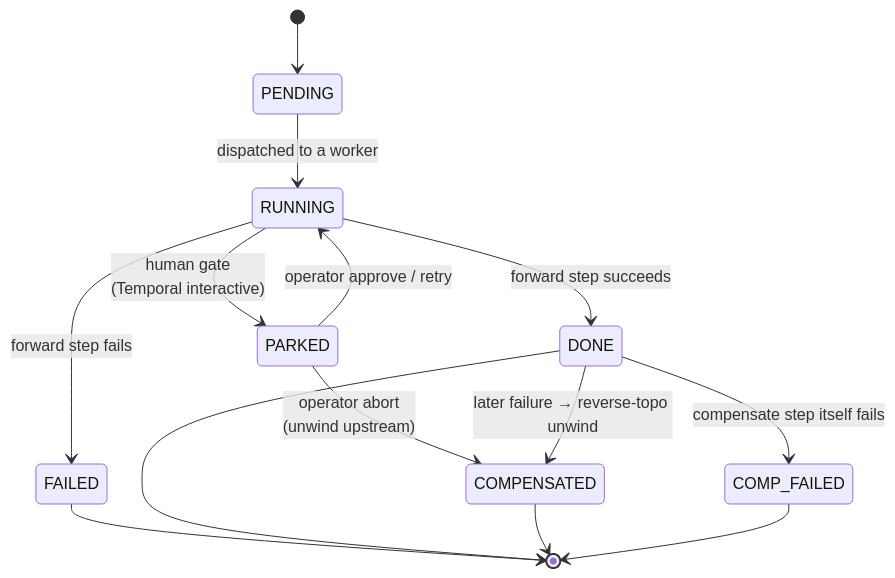
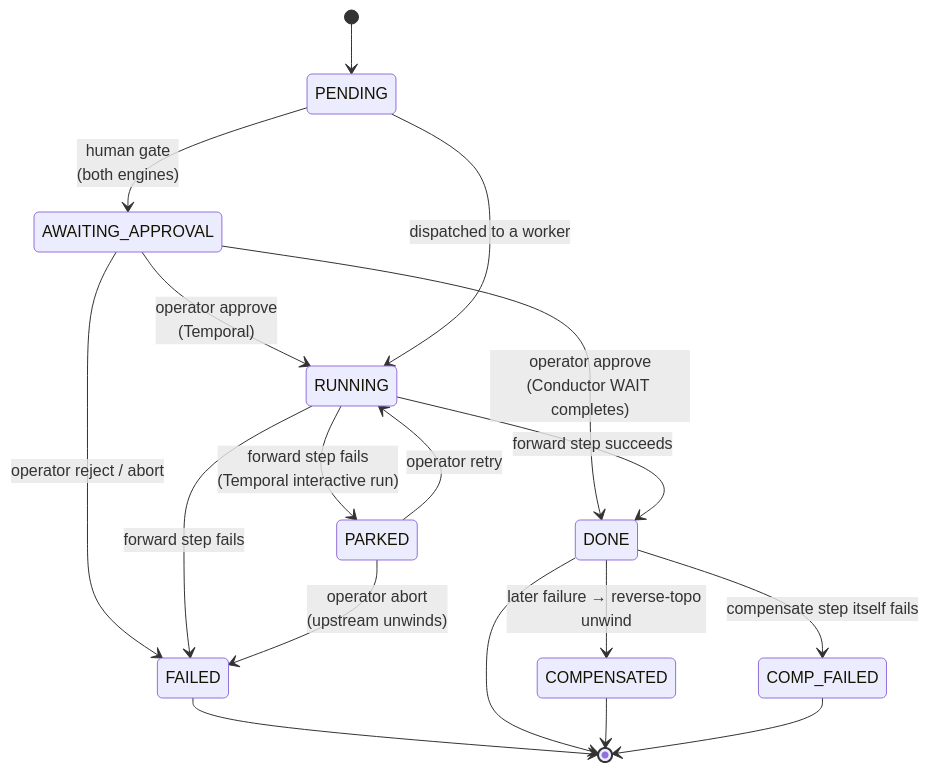
The fourth of 6 diagrams in docs/architecture.md (yggdrasil-iiot/hermod), drawn with Mermaid before and after one commit. The commit also changed other lines of this file and 4 other files, not shown here.

````diff
--- a/docs/architecture.md
+++ b/docs/architecture.md
@@ -211,16 +228,20 @@
 ```mermaid
 stateDiagram-v2
   [*] --> PENDING
+  PENDING --> AWAITING_APPROVAL: human gate<br/>(both engines)
+  AWAITING_APPROVAL --> RUNNING: operator approve<br/>(Temporal)
+  AWAITING_APPROVAL --> DONE: operator approve<br/>(Conductor WAIT completes)
+  AWAITING_APPROVAL --> FAILED: operator reject / abort
   PENDING --> RUNNING: dispatched to a worker
   RUNNING --> DONE: forward step succeeds
   RUNNING --> FAILED: forward step fails
-  RUNNING --> PARKED: human gate<br/>(Temporal interactive)
-  PARKED --> RUNNING: operator approve / retry
-  PARKED --> COMPENSATED: operator abort<br/>(unwind upstream)
+  RUNNING --> PARKED: forward step fails<br/>(Temporal interactive run)
+  PARKED --> RUNNING: operator retry
+  PARKED --> FAILED: operator abort<br/>(upstream unwinds)
   DONE --> COMPENSATED: later failure → reverse-topo unwind
   DONE --> COMP_FAILED: compensate step itself fails
   FAILED --> [*]
   DONE --> [*]
   COMPENSATED --> [*]
   COMP_FAILED --> [*]
 ```
````
